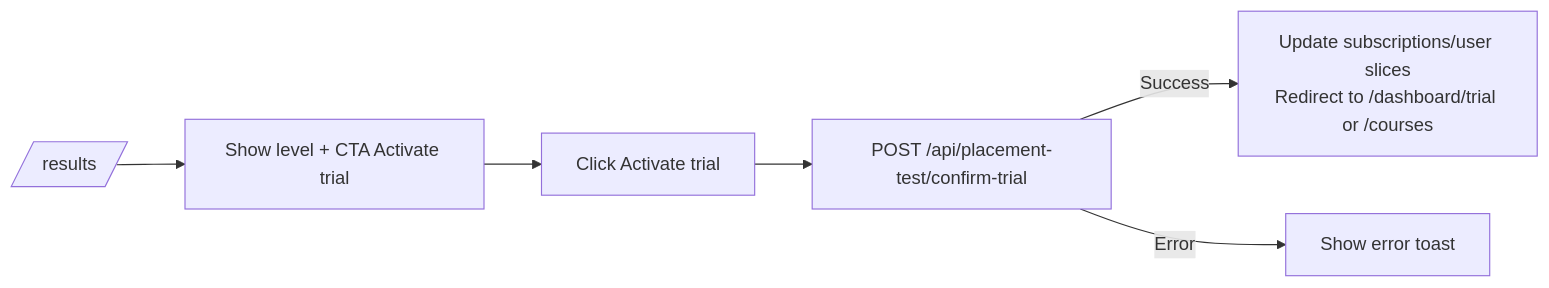
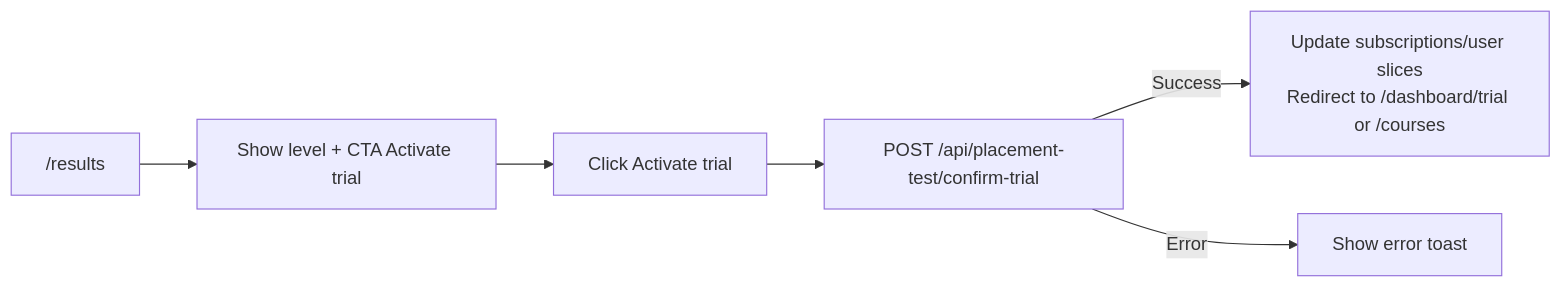
One commit to annnsvm/buero.de changed the second of 2 diagrams in buero-frontend/docs/frontend-features/02-placement-test-ui.md. Above: the diagram before and after it, drawn with Mermaid. The commit also changed other lines of this file and 8 other files, not shown here.

Commit message:
docs: fix mermide diagram view issues

````diff
--- a/buero-frontend/docs/frontend-features/02-placement-test-ui.md
+++ b/buero-frontend/docs/frontend-features/02-placement-test-ui.md
@@ -139,8 +139,8 @@
 ```mermaid
 flowchart LR
-  A[/results/] --> B[Show level + CTA Activate trial]
+  A["/results"] --> B[Show level + CTA Activate trial]
   B --> C[Click Activate trial]
-  C --> D[POST /api/placement-test/confirm-trial]
-  D -->|Success| E[Update subscriptions/user slices<br/>Redirect to /dashboard/trial or /courses]
+  C --> D["POST /api/placement-test/confirm-trial"]
+  D -->|Success| E["Update subscriptions/user slices<br/>Redirect to /dashboard/trial or /courses"]
   D -->|Error| F[Show error toast]
 ```
````
